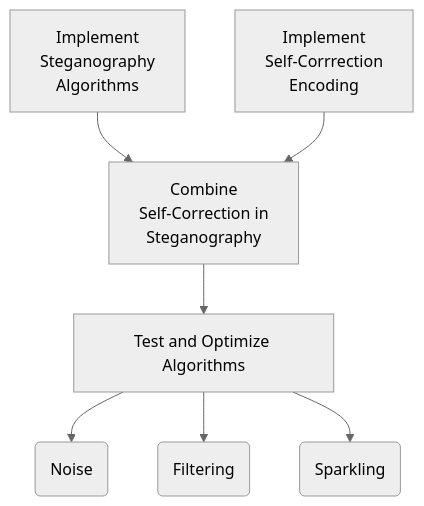
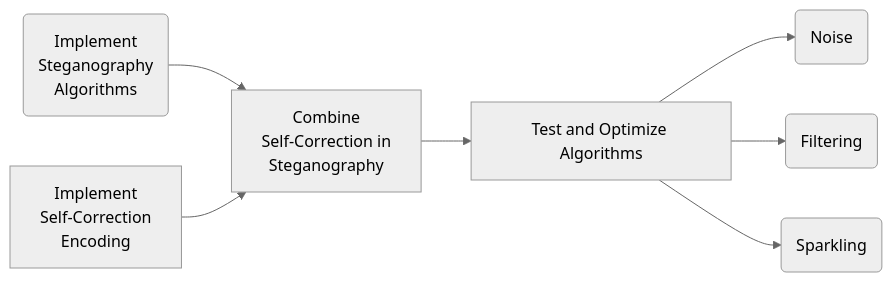
The first of 2 diagrams in proposal.md (sghuang19/ee326-sp21), drawn with Mermaid (neutral theme) before and after one commit. The commit also changed other lines of this file and 1 other file, not shown here.

````diff
--- a/proposal.md
+++ b/proposal.md
@@ -28,10 +78,10 @@
 ```mermaid
-flowchart TB
-A[Implement<br>Steganography<br>Algorithms] --> C
-B[Implement<br>Self-Corrrection<br>Encoding] --> C
+flowchart LR
+A(Implement<br>Steganography<br>Algorithms) --> C
+B[Implement<br>Self-Correction<br>Encoding] --> C
 C[Combine<br>Self-Correction in<br>Steganography] --> D
 D[Test and Optimize Algorithms]
 D --> D1(Noise)
 D --> D2(Filtering)
 D --> D3(Sparkling)
 ```
````
